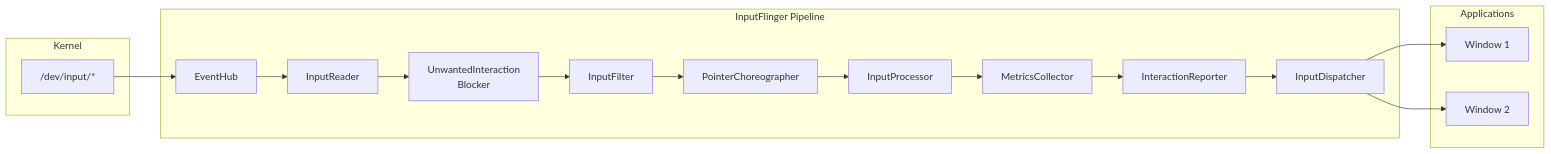
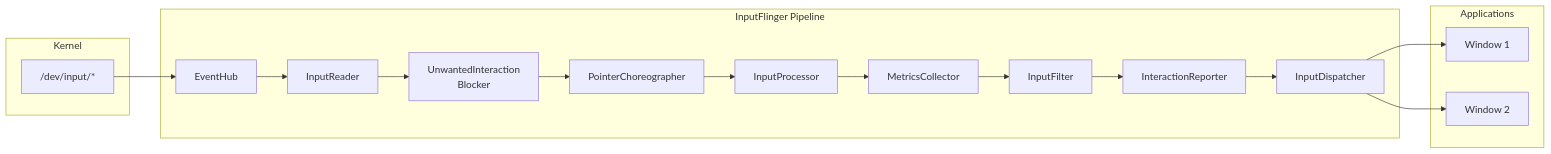
The tenth of 29 diagrams in agents/claude/skills/aosp-native-services-and-media/12-native-services.md (aospbooks/aosp-internal-book), drawn with Mermaid before and after one commit. The commit also changed other lines of this file and 218 other files, not shown here.

````diff
--- a/agents/claude/skills/aosp-native-services-and-media/12-native-services.md
+++ b/agents/claude/skills/aosp-native-services-and-media/12-native-services.md
@@ -941,35 +1002,35 @@
 ```mermaid
 graph LR
     subgraph "Kernel"
         DEV["/dev/input/*"]
     end
 
     subgraph "InputFlinger Pipeline"
         EH[EventHub]
         IR[InputReader]
         UIB["UnwantedInteraction<br/>Blocker"]
-        IF[InputFilter]
         PC[PointerChoreographer]
         IP[InputProcessor]
         MC[MetricsCollector]
+        IF[InputFilter]
         REP[InteractionReporter]
         ID[InputDispatcher]
     end
 
     subgraph "Applications"
         W1[Window 1]
         W2[Window 2]
     end
 
     DEV --> EH
     EH --> IR
     IR --> UIB
-    UIB --> IF
-    IF --> PC
+    UIB --> PC
     PC --> IP
     IP --> MC
-    MC --> REP
+    MC --> IF
+    IF --> REP
     REP --> ID
     ID --> W1
     ID --> W2
 ```
````
